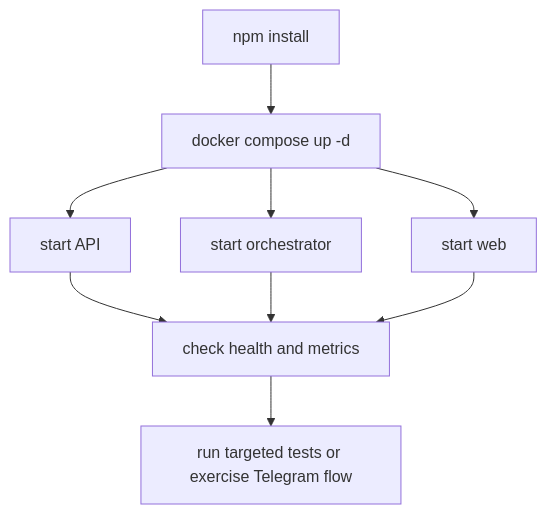
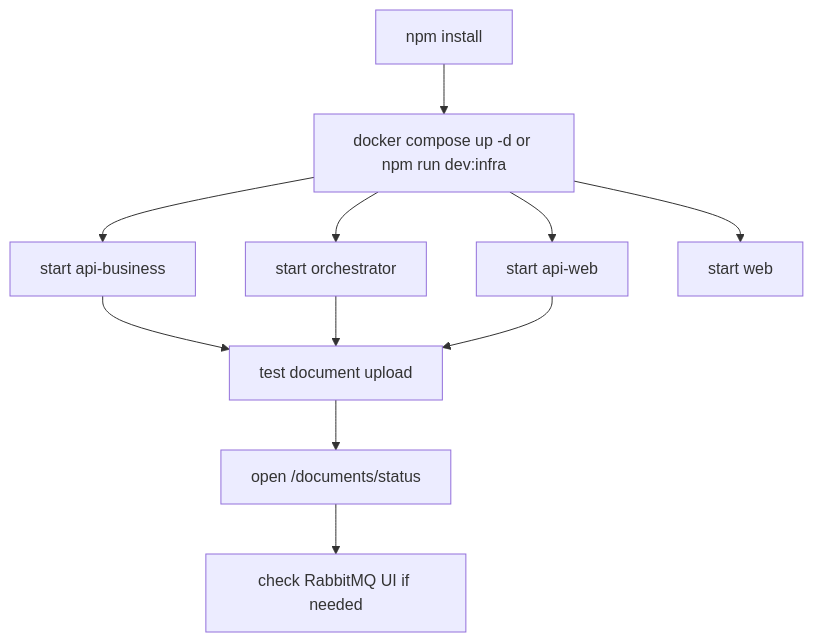
The second of 2 diagrams in docs/RUNNING_LOCALLY.md (CiceroDeveloper01/rag-platform), drawn with Mermaid before and after one commit. The commit also changed other lines of this file and 191 other files, not shown here.

Commit message:
refactor: consolidate monorepo architecture, async documents flow and platform structure

````diff
--- a/docs/RUNNING_LOCALLY.md
+++ b/docs/RUNNING_LOCALLY.md
@@ -98,11 +130,13 @@
 ```mermaid
 flowchart TD
-    Install[npm install] --> Infra[docker compose up -d]
-    Infra --> APIStart[start API]
+    Install[npm install] --> Infra[docker compose up -d or npm run dev:infra]
+    Infra --> APIBusinessStart[start api-business]
+    Infra --> APIWebStart[start api-web]
     Infra --> OrchestratorStart[start orchestrator]
     Infra --> WebStart[start web]
-    APIStart --> Health[check health and metrics]
-    OrchestratorStart --> Health
-    WebStart --> Health
-    Health --> Validate[run targeted tests or exercise Telegram flow]
+    APIBusinessStart --> Upload[test document upload]
+    OrchestratorStart --> Upload
+    APIWebStart --> Upload
+    Upload --> Status[open /documents/status]
+    Status --> RabbitUI[check RabbitMQ UI if needed]
 ```
````
